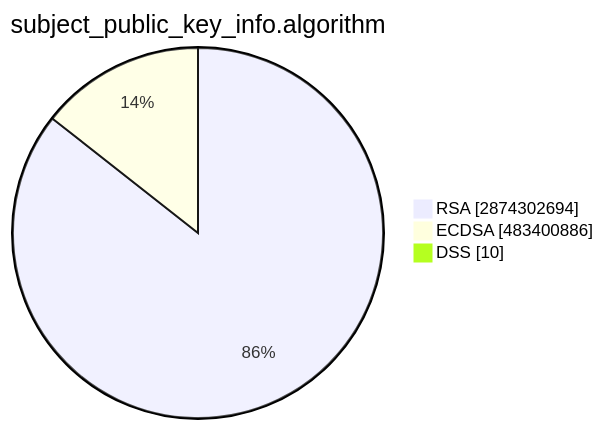
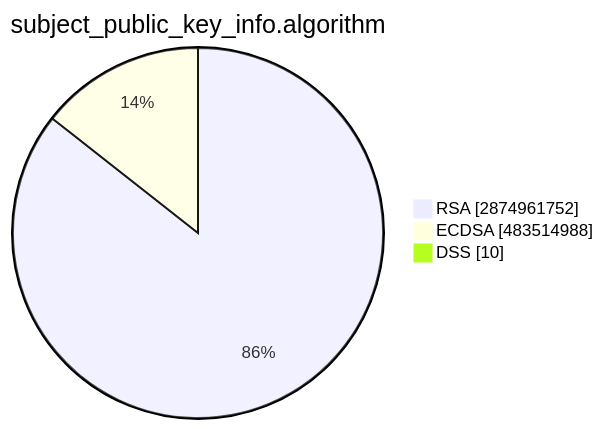
One commit to christiankrug/ctmonitor_visualization changed the second of 15 diagrams in TOTAL/README.md. Above: the diagram before and after it, drawn with Mermaid. The commit also changed other lines of this file, not shown here.

````diff
--- a/TOTAL/README.md
+++ b/TOTAL/README.md
@@ -6,7 +6,7 @@
 ```mermaid
 pie showData
 title subject_public_key_info.algorithm
-"RSA" :2874302694
-"ECDSA" :483400886
+"RSA" :2874961752
+"ECDSA" :483514988
 "DSS" :10
 ```
````
